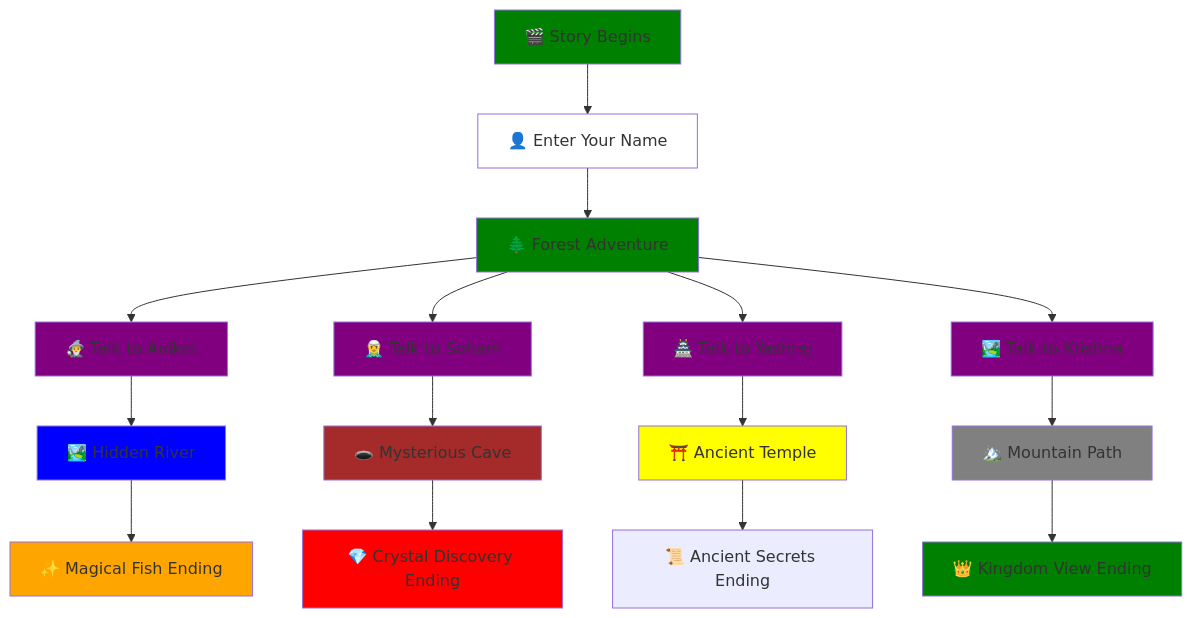
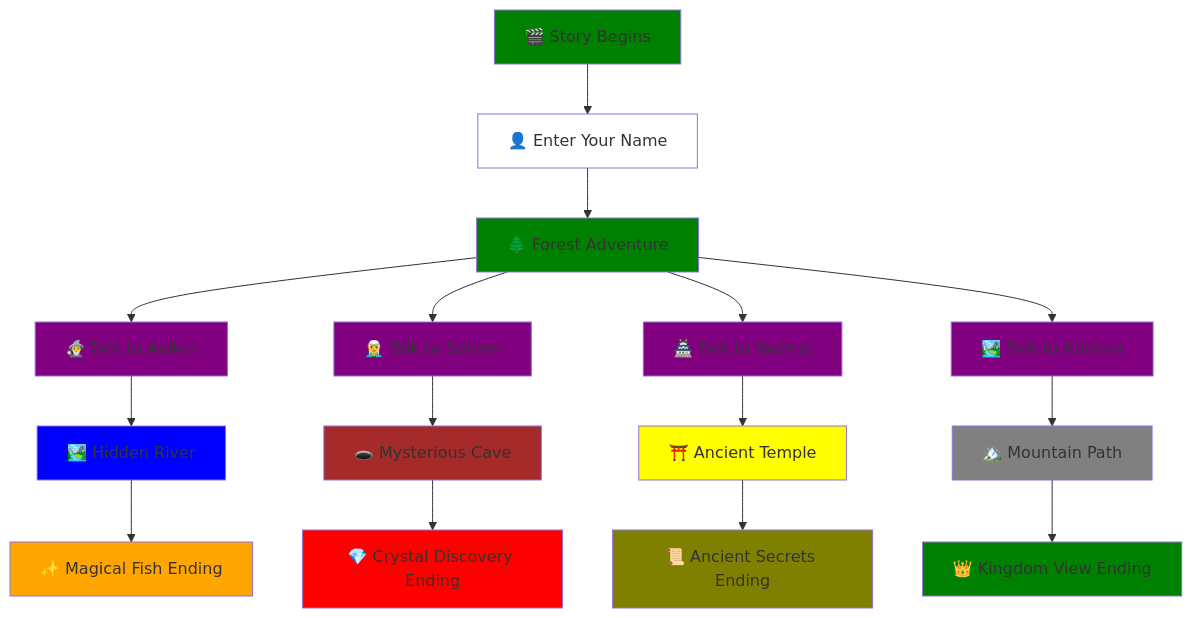
Before and after one commit to soham-kyo/Interactive-Story-Telling-App: the diagram in README.md, drawn with Mermaid.

````diff
--- a/README.md
+++ b/README.md
@@ -81,35 +81,35 @@
 ```mermaid
 graph TB
     A[🎬 Story Begins] --> B[👤 Enter Your Name]
     B --> C[🌲 Forest Adventure]
     C --> D[🧙‍♂️ Talk to Aniket]
     C --> E[🧝‍♂ Talk to Soham]
     C --> F[🏯 Talk to Yashraj]
     C --> G[🏞️ Talk to Krishna]
     
     D --> H[🏞️ Hidden River]
     E --> I[🕳️ Mysterious Cave]
     F --> J[⛩️ Ancient Temple]
     G --> K[🏔️ Mountain Path]
     
     H --> L[✨ Magical Fish Ending]
     I --> M[💎 Crystal Discovery Ending]
     J --> N[📜 Ancient Secrets Ending]
     K --> O[👑 Kingdom View Ending]
     
     style A fill:green
     style L fill:orange
     style M fill:red
-    style N fill:
+    style N fill:olive
     style O fill:green
     style D fill:purple
     style E fill:purple
     style F fill:purple
     style G fill:purple
     style H fill:blue
     style I fill:brown
     style J fill:yellow
     style K fill:gray
     style B fill:white
     style C fill:green
 ```
````
